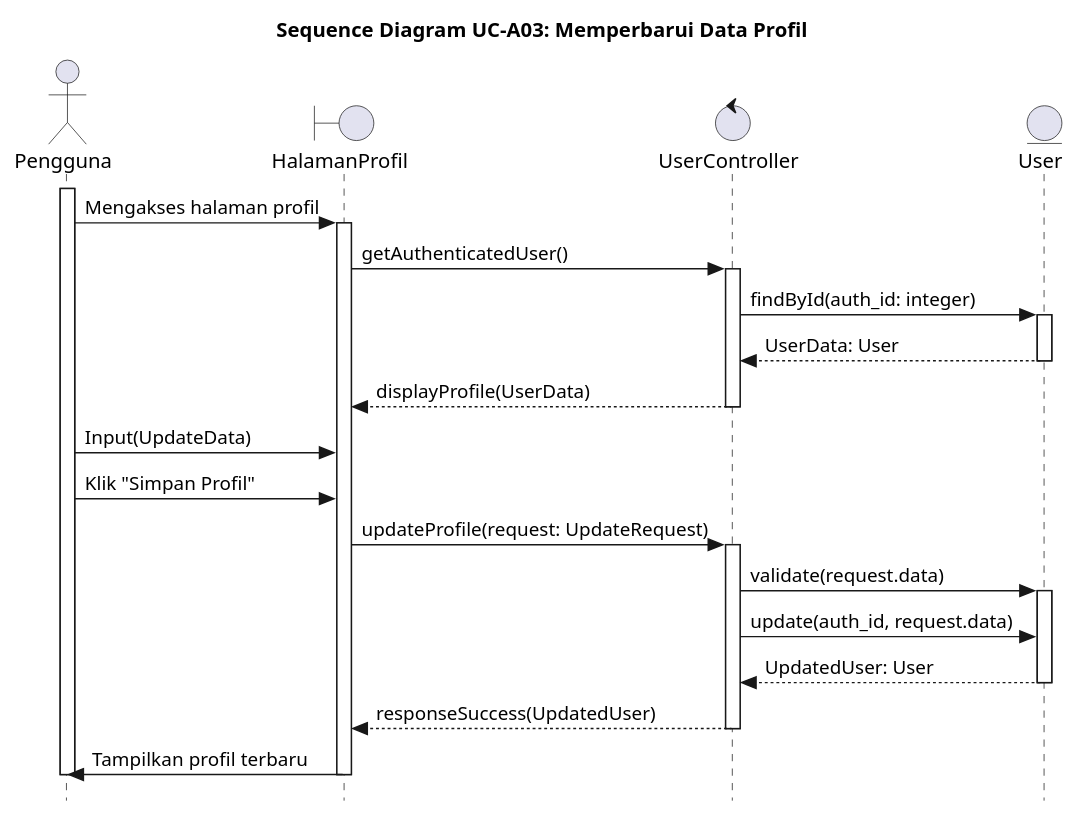
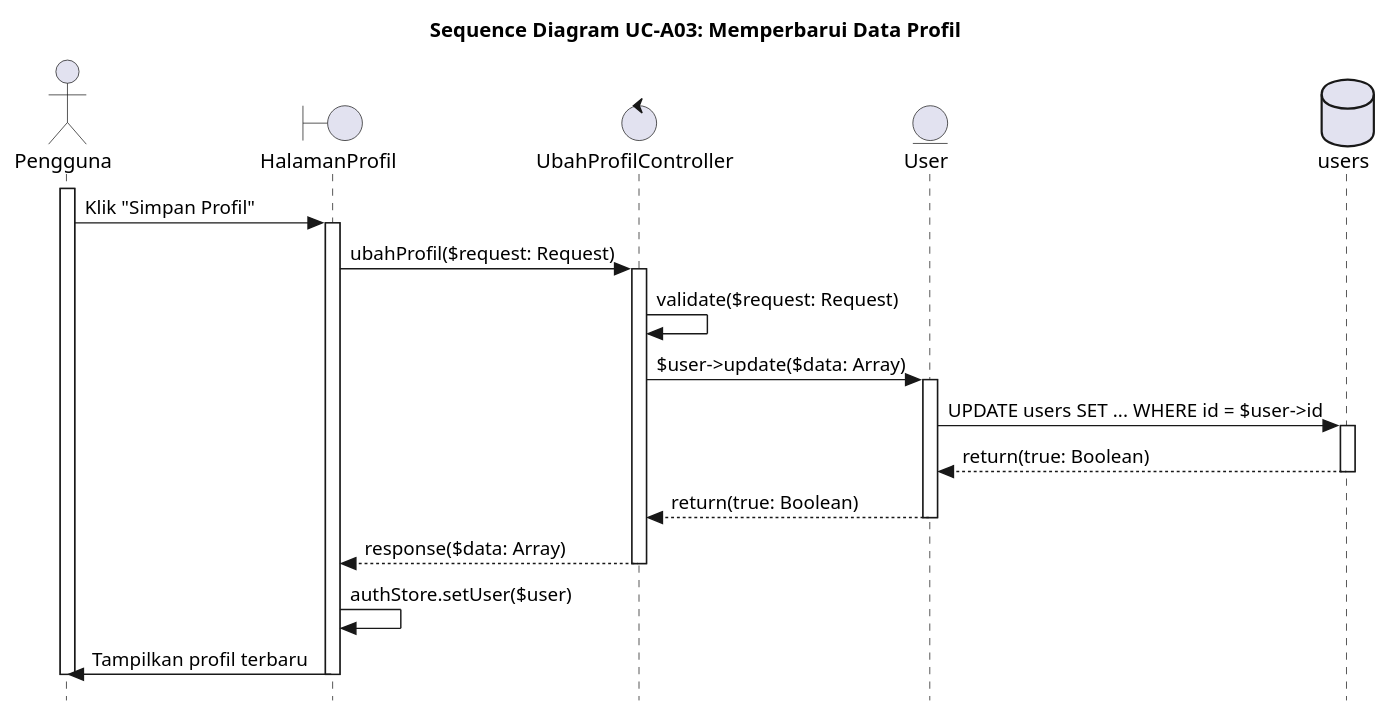
The diagram in UC-A03.PUML (alfiahnurfa/RSI-PROYEK-AKHIR-SEQUENCE), drawn with PlantUML before and after one commit. The commit also changed 2 other files, not shown here.

```diff
--- a/UC-A03.PUML
+++ b/UC-A03.PUML
@@ -1,43 +1,40 @@
 @startuml SD-UC-A03_UpdateProfil
 title Sequence Diagram UC-A03: Memperbarui Data Profil
 skinparam style strictuml
 
 actor Pengguna
 boundary HalamanProfil
-control UserController
+control UbahProfilController
 entity User
+database users
 
 activate Pengguna
-Pengguna -> HalamanProfil : Mengakses halaman profil
+Pengguna -> HalamanProfil : Klik "Simpan Profil"
 activate HalamanProfil
-HalamanProfil -> UserController : getAuthenticatedUser()
-activate UserController
-UserController -> User : findById(auth_id: integer)
+
+HalamanProfil -> UbahProfilController : ubahProfil($request: Request)
+activate UbahProfilController
+
+UbahProfilController -> UbahProfilController : validate($request: Request)
+UbahProfilController -> User : $user->update($data: Array)
 activate User
-User --> UserController : UserData: User
+
+User -> users : UPDATE users SET ... WHERE id = $user->id
+activate users
+
+users --> User : return(true: Boolean)
+deactivate users
+
+User --> UbahProfilController : return(true: Boolean)
 deactivate User
-UserController --> HalamanProfil : displayProfile(UserData)
-deactivate UserController
 
-Pengguna -> HalamanProfil : Input(UpdateData)
+UbahProfilController --> HalamanProfil : response($data: Array)
+deactivate UbahProfilController
 
-Pengguna -> HalamanProfil : Klik "Simpan Profil"
+HalamanProfil -> HalamanProfil : authStore.setUser($user)
 
-HalamanProfil -> UserController : updateProfile(request: UpdateRequest)
-activate UserController
-
-UserController -> User : validate(request.data)
-activate User
-UserController -> User : update(auth_id, request.data)
-
-User --> UserController : UpdatedUser: User
-deactivate User
-    
-UserController --> HalamanProfil : responseSuccess(UpdatedUser)
-deactivate UserController
-    
 HalamanProfil -> Pengguna : Tampilkan profil terbaru
 deactivate HalamanProfil
 deactivate Pengguna
 
 @enduml
```
